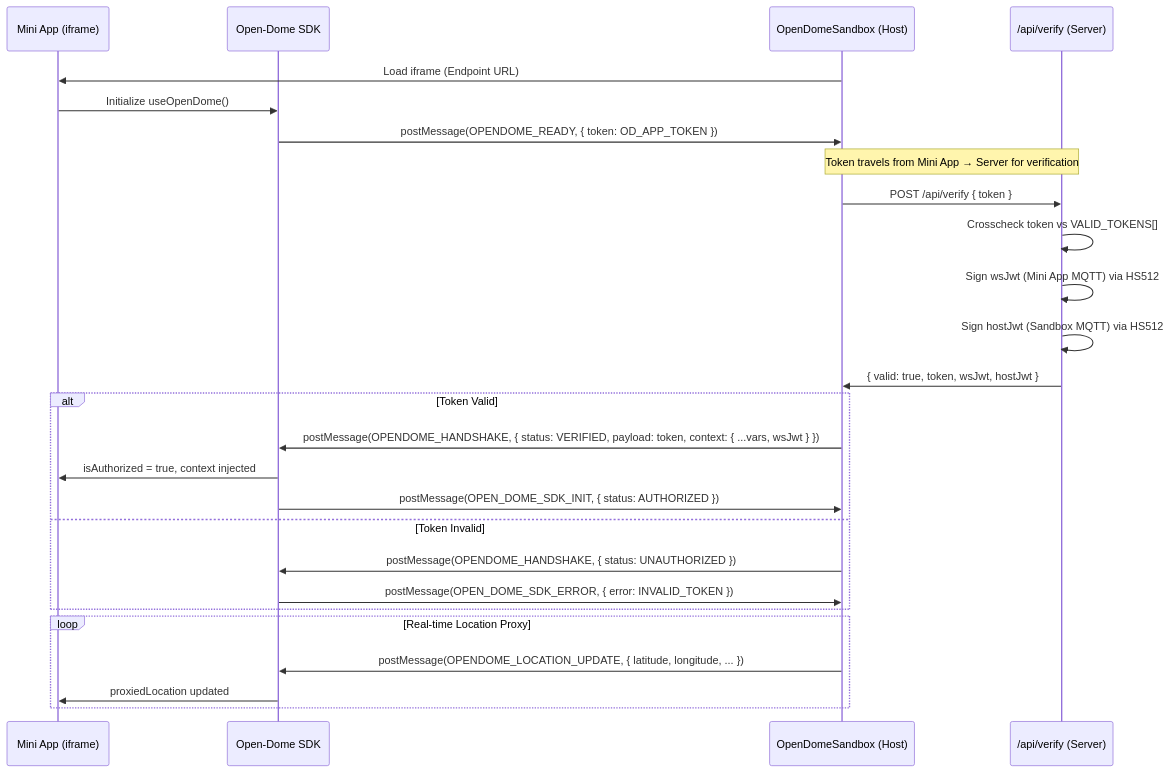
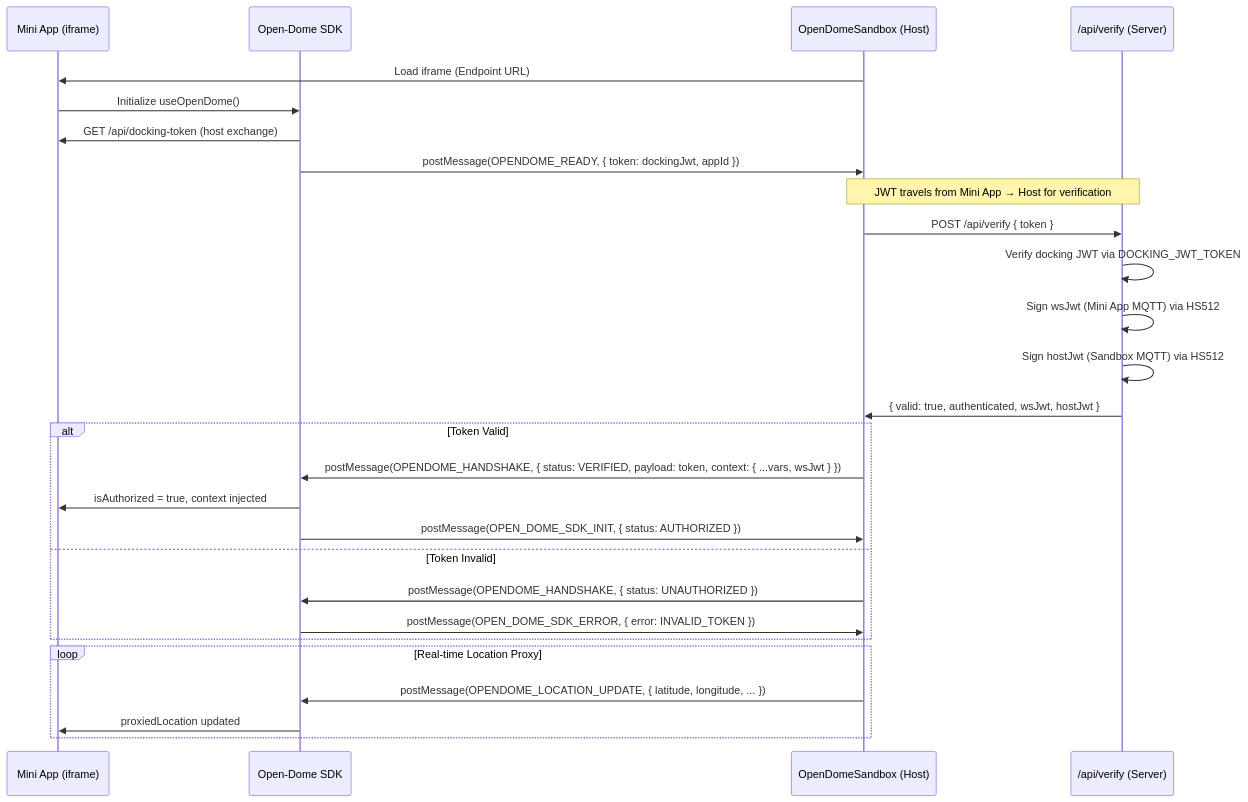
One commit to Effisend-Labs/Open-Dome changed the first of 7 diagrams in TECH.md. Above: the diagram before and after it, drawn with Mermaid. The commit also changed other lines of this file and 140 other files, not shown here.

First line of the commit message:
Replace bearer docking tokens with host-issued JWTs and auto host URLs.

````diff
--- a/TECH.md
+++ b/TECH.md
@@ -34,30 +34,31 @@
 ```mermaid
 sequenceDiagram
     participant MiniApp as Mini App (iframe)
     participant SDK as Open-Dome SDK
     participant Sandbox as OpenDomeSandbox (Host)
     participant API as /api/verify (Server)
 
     Sandbox->>MiniApp: Load iframe (Endpoint URL)
     MiniApp->>SDK: Initialize useOpenDome()
-    SDK->>Sandbox: postMessage(OPENDOME_READY, { token: OD_APP_TOKEN })
-    Note over Sandbox,API: Token travels from Mini App → Server for verification
+    SDK->>MiniApp: GET /api/docking-token (host exchange)
+    SDK->>Sandbox: postMessage(OPENDOME_READY, { token: dockingJwt, appId })
+    Note over Sandbox,API: JWT travels from Mini App → Host for verification
     Sandbox->>API: POST /api/verify { token }
-    API->>API: Crosscheck token vs VALID_TOKENS[]
+    API->>API: Verify docking JWT via DOCKING_JWT_TOKEN
     API->>API: Sign wsJwt (Mini App MQTT) via HS512
     API->>API: Sign hostJwt (Sandbox MQTT) via HS512
-    API->>Sandbox: { valid: true, token, wsJwt, hostJwt }
+    API->>Sandbox: { valid: true, authenticated, wsJwt, hostJwt }
     alt Token Valid
         Sandbox->>SDK: postMessage(OPENDOME_HANDSHAKE, { status: VERIFIED, payload: token, context: { ...vars, wsJwt } })
         SDK->>MiniApp: isAuthorized = true, context injected
         SDK->>Sandbox: postMessage(OPEN_DOME_SDK_INIT, { status: AUTHORIZED })
     else Token Invalid
         Sandbox->>SDK: postMessage(OPENDOME_HANDSHAKE, { status: UNAUTHORIZED })
         SDK->>Sandbox: postMessage(OPEN_DOME_SDK_ERROR, { error: INVALID_TOKEN })
     end
 
     loop Real-time Location Proxy
         Sandbox->>SDK: postMessage(OPENDOME_LOCATION_UPDATE, { latitude, longitude, ... })
         SDK->>MiniApp: proxiedLocation updated
     end
 ```
````
